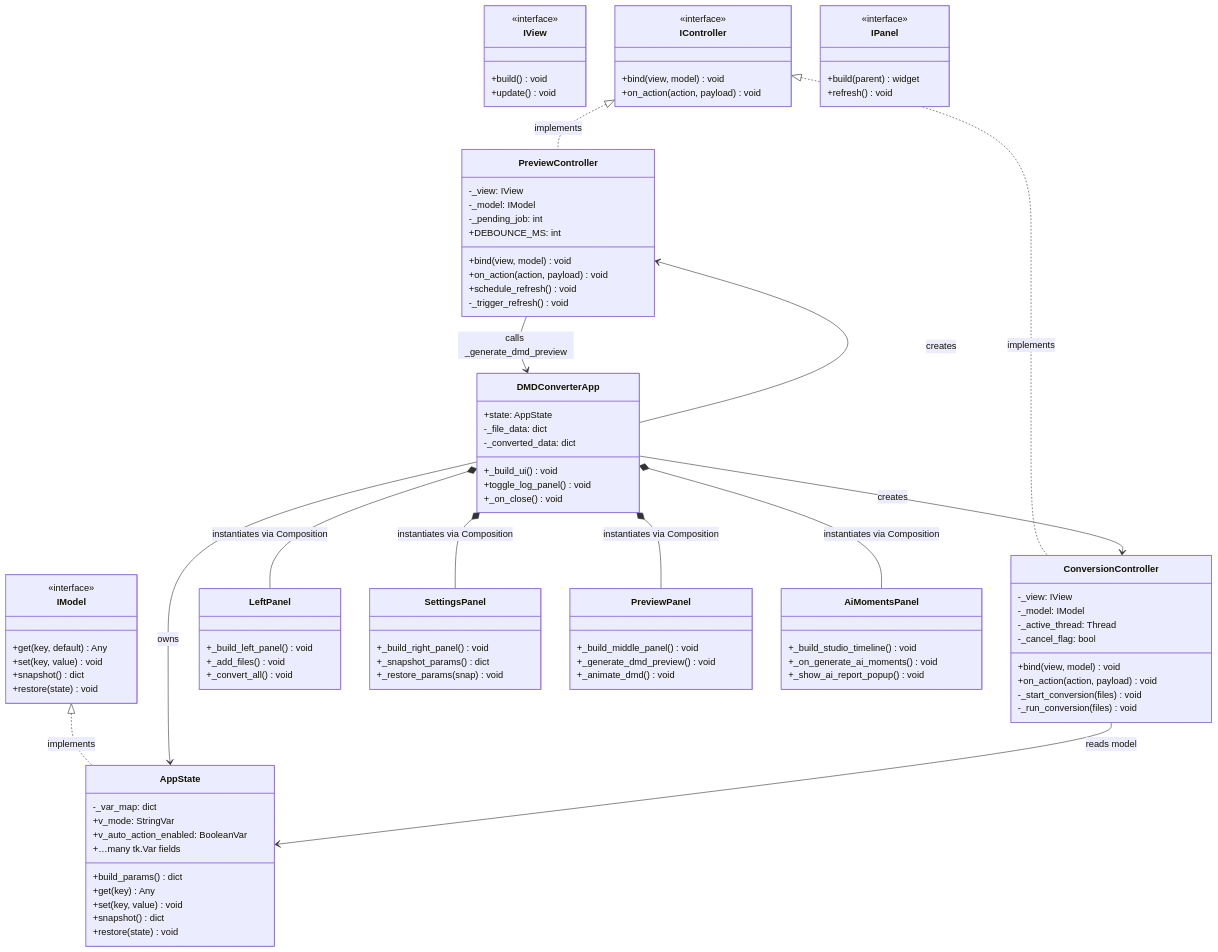
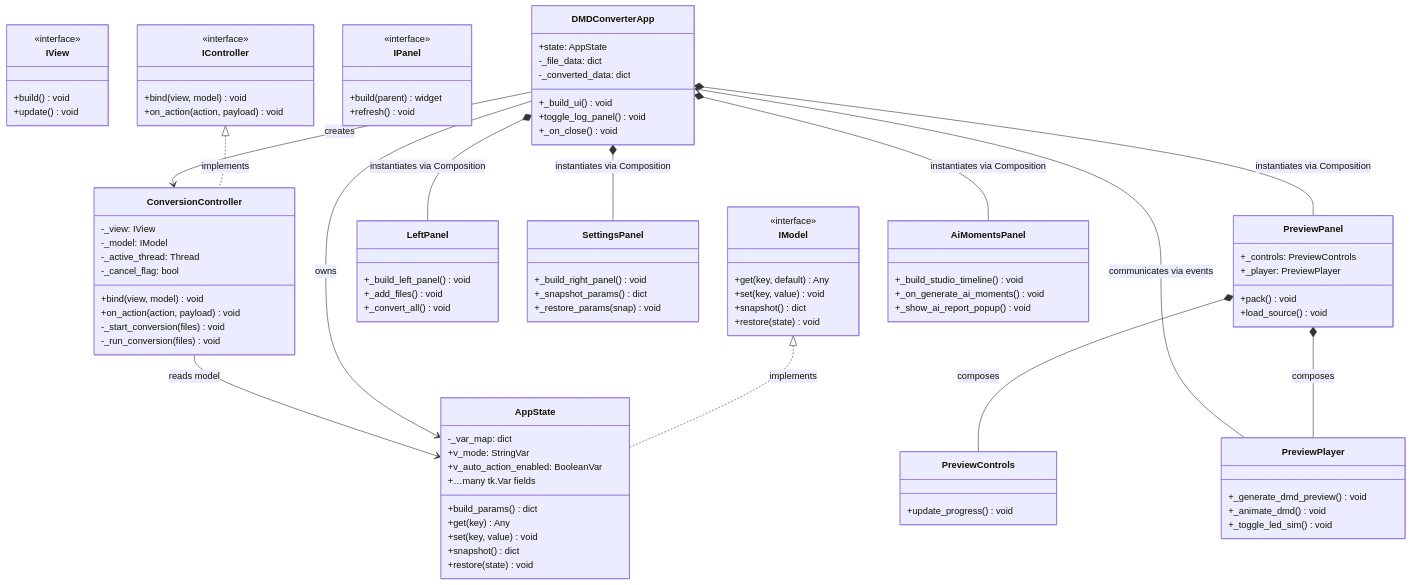
One commit to red77290/dmd_gif_converter changed the third of 9 diagrams in docs/architecture.md. Above: the diagram before and after it, drawn with Mermaid. The commit also changed other lines of this file and 28 other files, not shown here.

````diff
--- a/docs/architecture.md
+++ b/docs/architecture.md
@@ -476,17 +480,6 @@
         -_run_conversion(files) void
     }
 
-    class PreviewController {
-        -_view: IView
-        -_model: IModel
-        -_pending_job: int
-        +DEBOUNCE_MS: int
-        +bind(view, model) void
-        +on_action(action, payload) void
-        +schedule_refresh() void
-        -_trigger_refresh() void
-    }
-
     class DMDConverterApp {
         +state: AppState
         -_file_data: dict
@@ -507,9 +500,18 @@
         +_restore_params(snap) void
     }
     class PreviewPanel {
-        +_build_middle_panel() void
+        +_controls: PreviewControls
+        +_player: PreviewPlayer
+        +pack() void
+        +load_source() void
+    }
+    class PreviewPlayer {
         +_generate_dmd_preview() void
         +_animate_dmd() void
+        +_toggle_led_sim() void
+    }
+    class PreviewControls {
+        +update_progress() void
     }
     class AiMomentsPanel {
         +_build_studio_timeline() void
@@ -519,14 +521,14 @@
 
     IModel <|.. AppState : implements
     IController <|.. ConversionController : implements
-    IController <|.. PreviewController : implements
     DMDConverterApp *-- LeftPanel : instantiates via Composition
     DMDConverterApp *-- SettingsPanel : instantiates via Composition
     DMDConverterApp *-- PreviewPanel : instantiates via Composition
+    PreviewPanel *-- PreviewPlayer : composes
+    PreviewPanel *-- PreviewControls : composes
     DMDConverterApp *-- AiMomentsPanel : instantiates via Composition
     DMDConverterApp --> AppState : owns
     DMDConverterApp --> ConversionController : creates
-    DMDConverterApp --> PreviewController : creates
     ConversionController --> AppState : reads model
-    PreviewController --> DMDConverterApp : calls _generate_dmd_preview
+    PreviewPlayer --> DMDConverterApp : communicates via events
 ```
````
